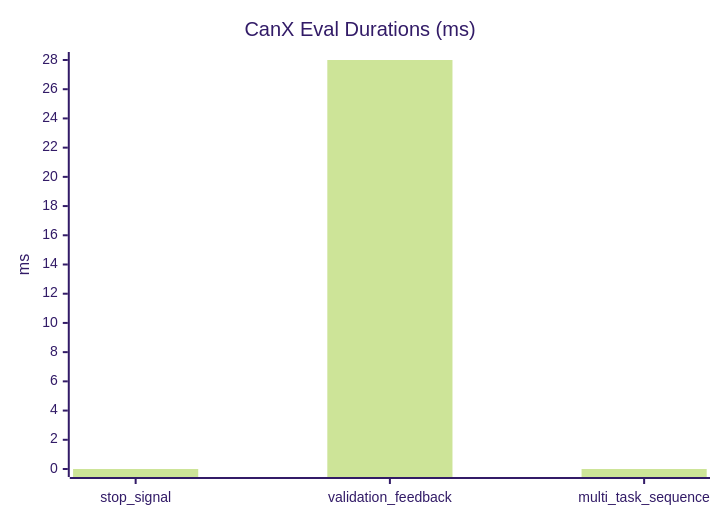
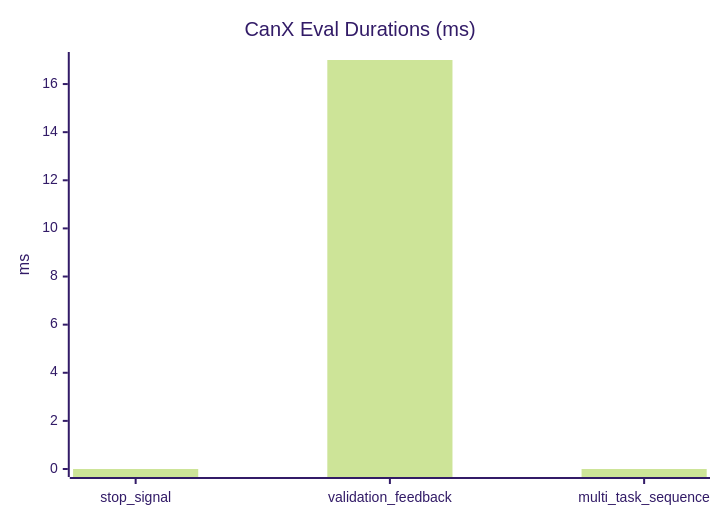
One commit to farmcan/canx changed the diagram in evals/reports/latest.md. Above: the diagram before and after it, drawn with Mermaid (forest theme). The commit also changed other lines of this file and 14 other files, not shown here.

````diff
--- a/evals/reports/latest.md
+++ b/evals/reports/latest.md
@@ -10,7 +10,7 @@
 ```mermaid
 xychart-beta
 title "CanX Eval Durations (ms)"
 x-axis ["stop_signal", "validation_feedback", "multi_task_sequence"]
-y-axis "ms" 0 --> 28
-bar [0, 28, 0]
+y-axis "ms" 0 --> 17
+bar [0, 17, 0]
 ```
````
